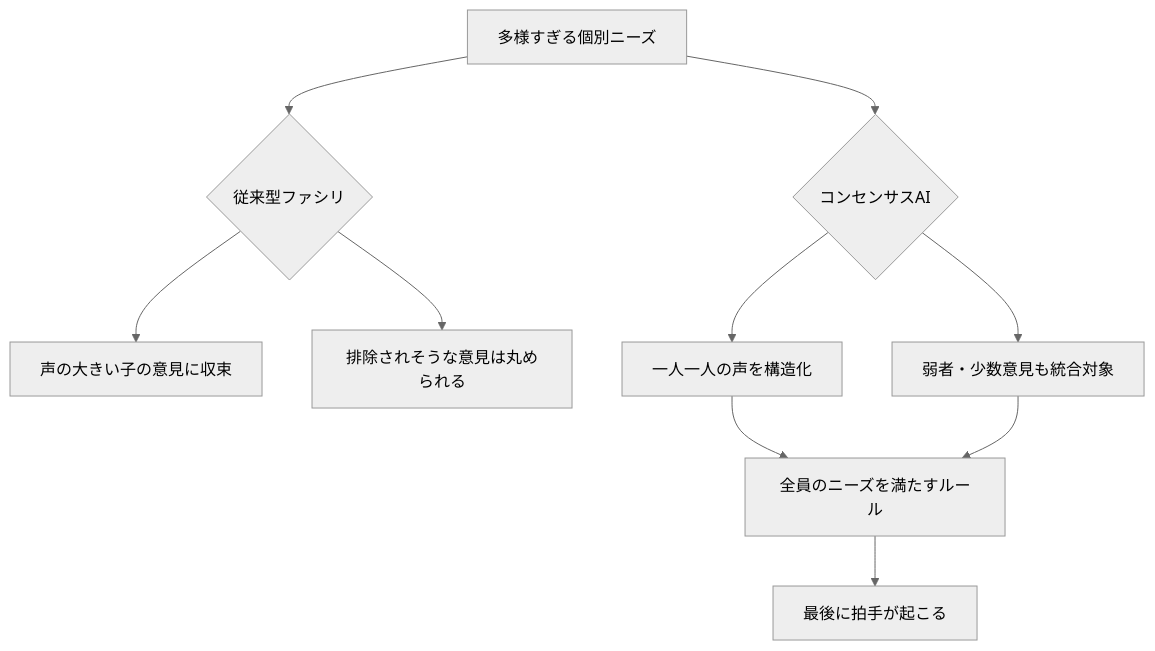
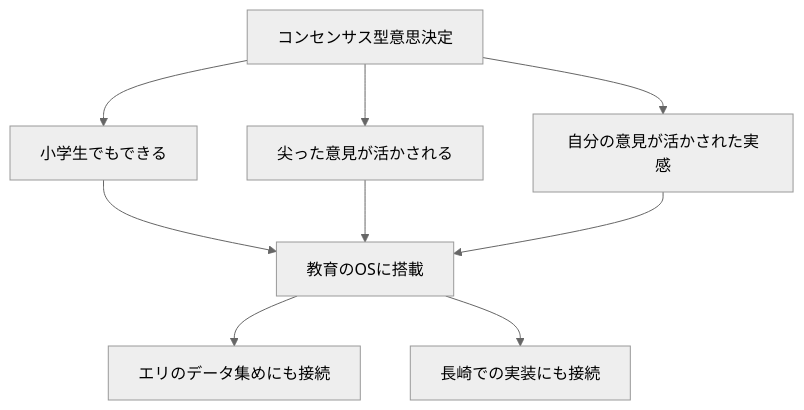
Before and after one commit to VOMOYA/planetary-learning-mtg-reports: the sixth of 10 diagrams in プラネタリーラーニング運営MTG_20260604.md, drawn with Mermaid (neutral theme). The commit also changed other lines of this file, not shown here.

````diff
--- a/プラネタリーラーニング運営MTG_20260604.md
+++ b/プラネタリーラーニング運営MTG_20260604.md
@@ -107,12 +267,11 @@
 ```mermaid
 graph TD
-  A[多様すぎる個別ニーズ] --> B{従来型ファシリ}
-  A --> C{コンセンサスAI}
-  B --> B1[声の大きい子の意見に収束]
-  B --> B2[排除されそうな意見は丸められる]
-  C --> C1[一人一人の声を構造化]
-  C --> C2[弱者・少数意見も統合対象]
-  C1 --> D[全員のニーズを満たすルール]
-  C2 --> D
-  D --> E[最後に拍手が起こる]
+  A[コンセンサス型意思決定] --> B[小学生でもできる]
+  A --> C[尖った意見が活かされる]
+  A --> D[自分の意見が活かされた実感]
+  B --> E[教育のOSに搭載]
+  C --> E
+  D --> E
+  E --> F[エリのデータ集めにも接続]
+  E --> G[長崎での実装にも接続]
 ```
````
